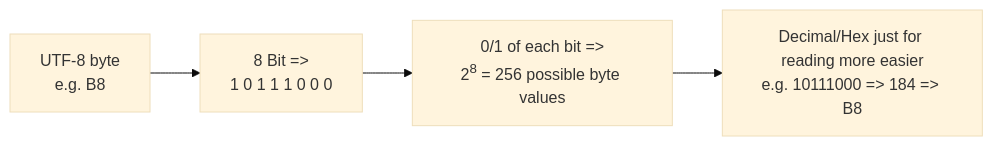
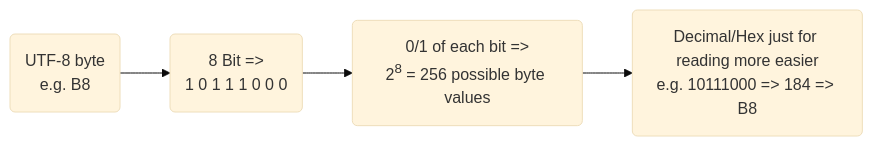
The tenth of 16 diagrams in index.md (ChrisZhu2050/chriszhu2050.github.io), drawn with Mermaid (base theme) before and after one commit. The commit also changed other lines of this file, not shown here.

````diff
--- a/index.md
+++ b/index.md
@@ -307,8 +307,8 @@
         ```mermaid
           graph LR
-              A["`UTF-8 byte
-              e.g. B8`"] --> B["8 Bit => 
-              1 0 1 1 1 0 0 0"] --> C["`0/1 of each bit =>
-              2<sup>8</sup> = 256 possible byte values`"] --> D["`Decimal/Hex just for reading more easier
-              e.g. 10111000 => 184 => B8`"]
+              A("`UTF-8 byte
+              e.g. B8`") --> B("8 Bit => 
+              1 0 1 1 1 0 0 0") --> C("`0/1 of each bit =>
+              2<sup>8</sup> = 256 possible byte values`") --> D("`Decimal/Hex just for reading more easier
+              e.g. 10111000 => 184 => B8`")
         ```
````
